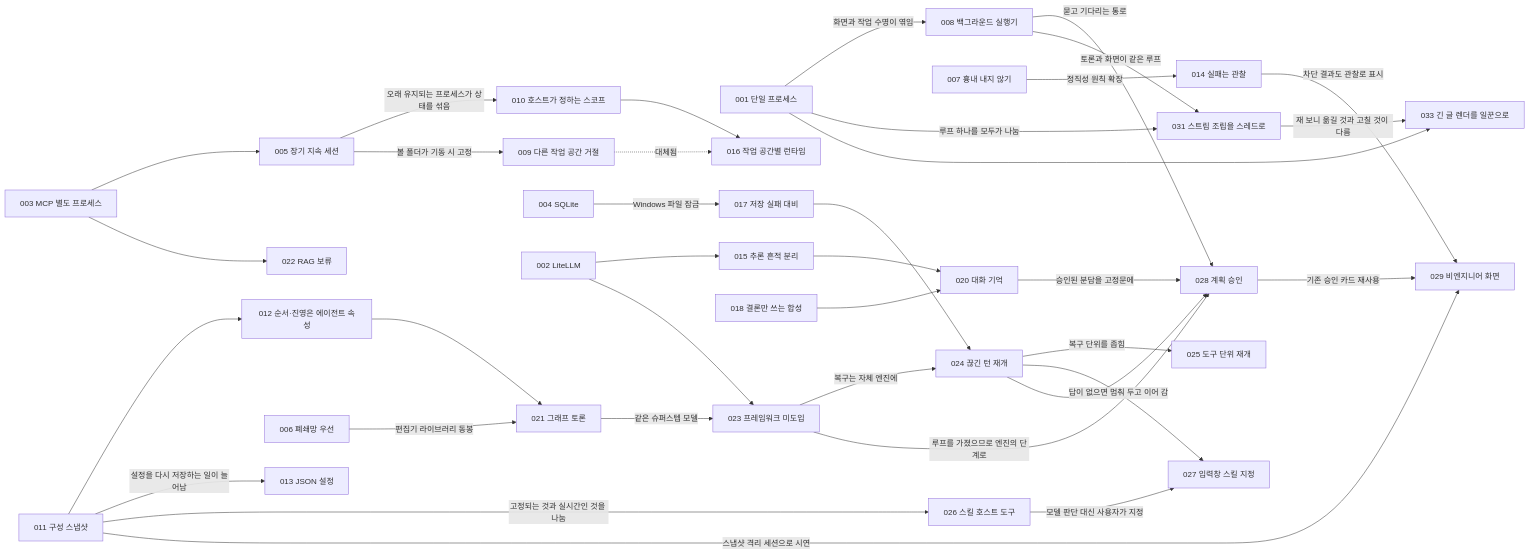
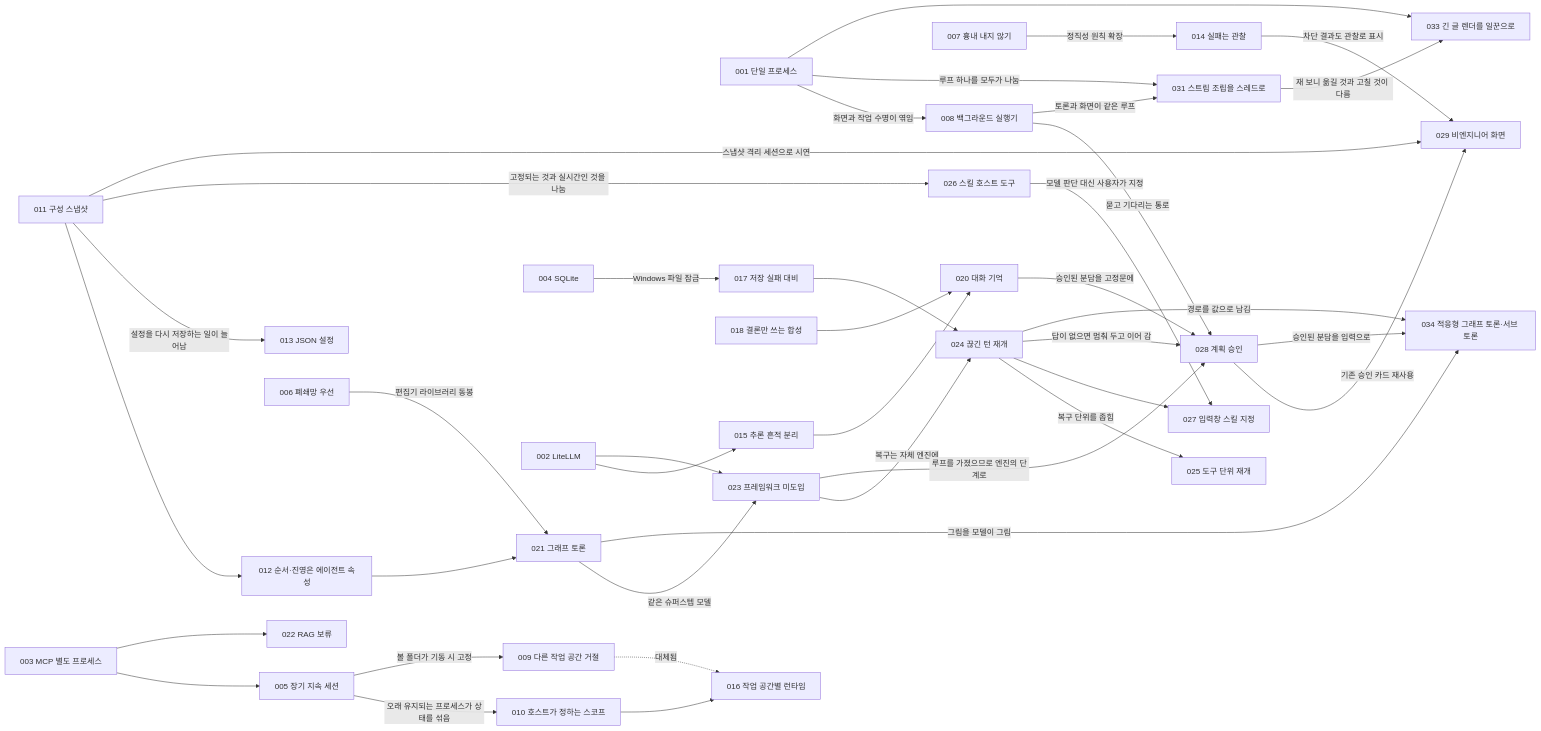
The diagram in lectures/05-adr/README.md (HaJaehee/MultiAgentDebateAndOrchestrationPlatform), drawn with Mermaid before and after one commit. The commit also changed other lines of this file and 50 other files, not shown here.

First line of the commit message:
feat: 오케스트레이터가 그리는 적응형 그래프 토론과 쟁점 서브 토론 추가 (ADR-034)

````diff
--- a/lectures/05-adr/README.md
+++ b/lectures/05-adr/README.md
@@ -78,38 +79,41 @@
 ```mermaid
 flowchart LR
     A001["001 단일 프로세스"] -->|"화면과 작업 수명이 엮임"| A008["008 백그라운드 실행기"]
     A003["003 MCP 별도 프로세스"] --> A005["005 장기 지속 세션"]
     A005 -->|"오래 유지되는 프로세스가 상태를 섞음"| A010["010 호스트가 정하는 스코프"]
     A005 -->|"볼 폴더가 기동 시 고정"| A009["009 다른 작업 공간 거절"]
     A009 -.->|"대체됨"| A016["016 작업 공간별 런타임"]
     A010 --> A016
     A007["007 흉내 내지 않기"] -->|"정직성 원칙 확장"| A014["014 실패는 관찰"]
     A004["004 SQLite"] -->|"Windows 파일 잠금"| A017["017 저장 실패 대비"]
     A011["011 구성 스냅샷"] --> A012["012 순서·진영은 에이전트 속성"]
     A011 -->|"설정을 다시 저장하는 일이 늘어남"| A013["013 JSON 설정"]
     A002["002 LiteLLM"] --> A015["015 추론 흔적 분리"]
     A015 --> A020["020 대화 기억"]
     A018["018 결론만 쓰는 합성"] --> A020
     A012 --> A021["021 그래프 토론"]
     A006["006 폐쇄망 우선"] -->|"편집기 라이브러리 동봉"| A021
     A003 --> A022["022 RAG 보류"]
     A002 --> A023["023 프레임워크 미도입"]
     A021 -->|"같은 슈퍼스텝 모델"| A023
     A023 -->|"복구는 자체 엔진에"| A024["024 끊긴 턴 재개"]
     A017 --> A024
     A024 -->|"복구 단위를 좁힘"| A025["025 도구 단위 재개"]
     A011 -->|"고정되는 것과 실시간인 것을 나눔"| A026["026 스킬 호스트 도구"]
     A026 -->|"모델 판단 대신 사용자가 지정"| A027["027 입력창 스킬 지정"]
     A024 --> A027
     A023 -->|"루프를 가졌으므로 엔진의 단계로"| A028["028 계획 승인"]
     A008 -->|"묻고 기다리는 통로"| A028
     A024 -->|"답이 없으면 멈춰 두고 이어 감"| A028
     A020 -->|"승인된 분담을 고정문에"| A028
     A014 -->|"차단 결과도 관찰로 표시"| A029["029 비엔지니어 화면"]
     A011 -->|"스냅샷 격리 세션으로 시연"| A029
     A028 -->|"기존 승인 카드 재사용"| A029
     A001 -->|"루프 하나를 모두가 나눔"| A031["031 스트림 조립을 스레드로"]
     A008 -->|"토론과 화면이 같은 루프"| A031
     A031 -->|"재 보니 옮길 것과 고칠 것이 다름"| A033["033 긴 글 렌더를 일꾼으로"]
     A001 --> A033
+    A021 -->|"그림을 모델이 그림"| A034["034 적응형 그래프 토론·서브 토론"]
+    A024 -->|"경로를 값으로 남김"| A034
+    A028 -->|"승인된 분담을 입력으로"| A034
 ```
````
